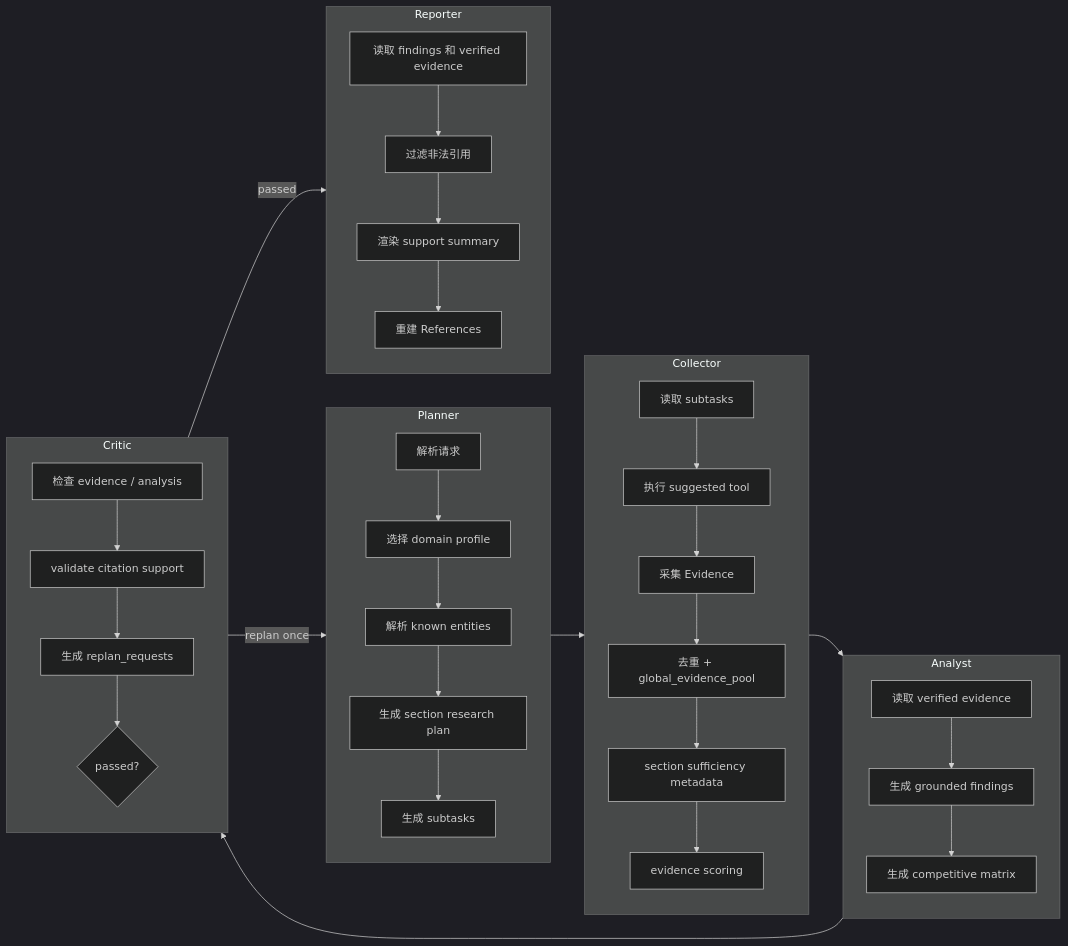
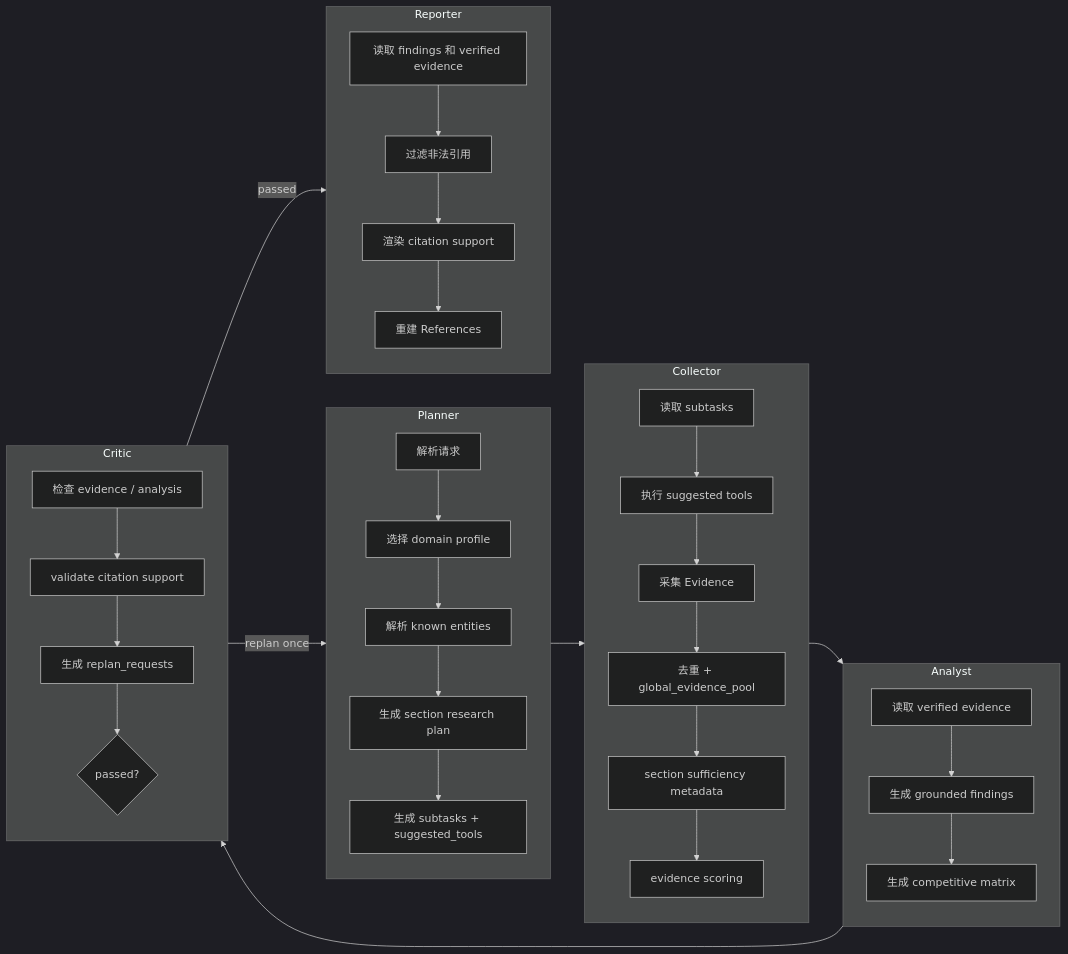
Before and after one commit to Caser-86/InsightGraph: the second of 3 diagrams in README.md, drawn with Mermaid (dark theme). The commit also changed other lines of this file, not shown here.

````diff
--- a/README.md
+++ b/README.md
@@ -176,40 +170,40 @@
 ```mermaid
 flowchart LR
     subgraph Planner
         P1[解析请求] --> P2[选择 domain profile]
         P2 --> P3[解析 known entities]
         P3 --> P4[生成 section research plan]
-        P4 --> P5[生成 subtasks]
+        P4 --> P5[生成 subtasks + suggested_tools]
     end
 
     subgraph Collector
-        E1[读取 subtasks] --> E2[执行 suggested tool]
-        E2 --> E3[采集 Evidence]
-        E3 --> E4[去重 + global_evidence_pool]
-        E4 --> E5[section sufficiency metadata]
-        E5 --> E6[evidence scoring]
+        C1[读取 subtasks] --> C2[执行 suggested tools]
+        C2 --> C3[采集 Evidence]
+        C3 --> C4[去重 + global_evidence_pool]
+        C4 --> C5[section sufficiency metadata]
+        C5 --> C6[evidence scoring]
     end
 
     subgraph Analyst
         A1[读取 verified evidence] --> A2[生成 grounded findings]
         A2 --> A3[生成 competitive matrix]
     end
 
     subgraph Critic
-        C1[检查 evidence / analysis] --> C2[validate citation support]
-        C2 --> C3[生成 replan_requests]
-        C3 --> C4{passed?}
+        Q1[检查 evidence / analysis] --> Q2[validate citation support]
+        Q2 --> Q3[生成 replan_requests]
+        Q3 --> Q4{passed?}
     end
 
     subgraph Reporter
         R1[读取 findings 和 verified evidence] --> R2[过滤非法引用]
-        R2 --> R3[渲染 support summary]
+        R2 --> R3[渲染 citation support]
         R3 --> R4[重建 References]
     end
 
     Planner --> Collector
     Collector --> Analyst
     Analyst --> Critic
     Critic -->|replan once| Planner
     Critic -->|passed| Reporter
 ```
````
